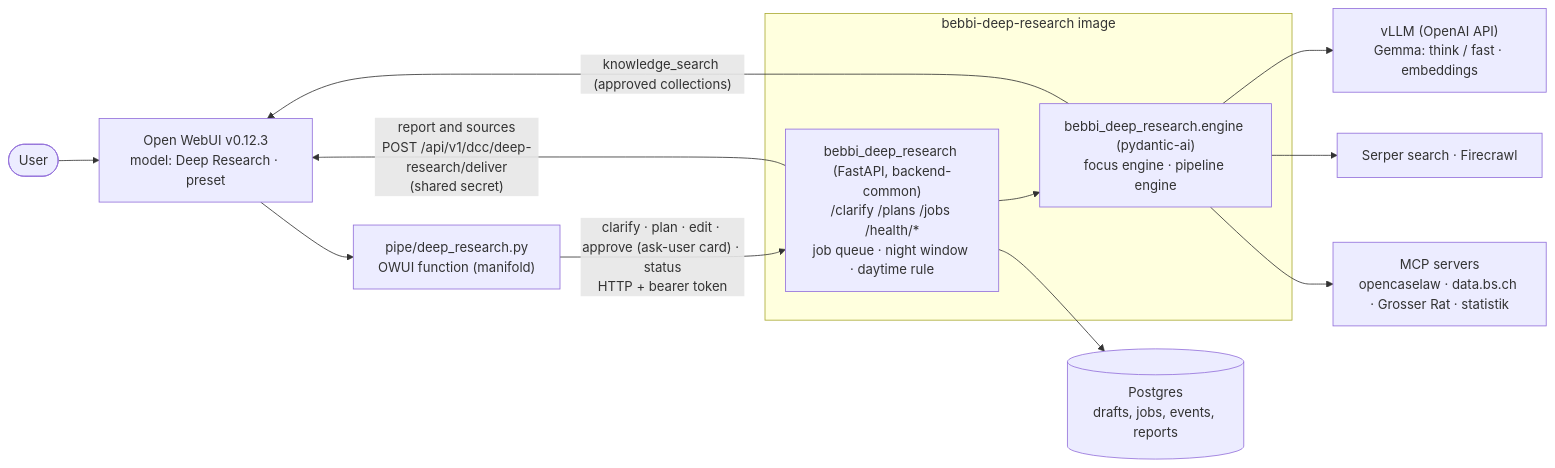
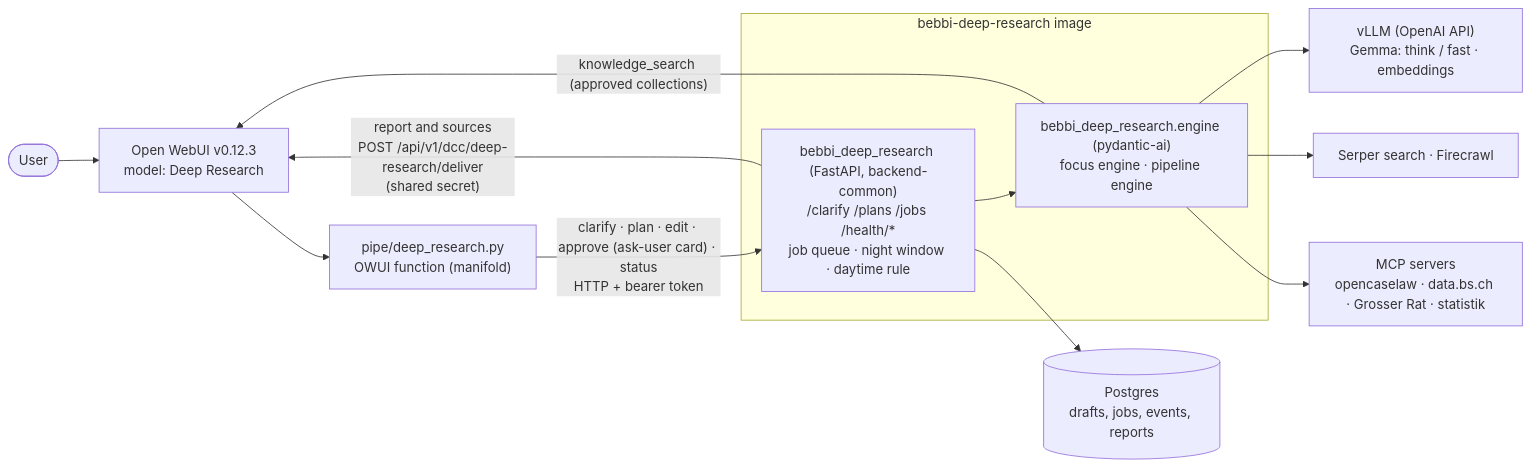
The diagram in README.md (DCC-BS/bebbi-deep-research), drawn with Mermaid before and after one commit. The commit also changed other lines of this file and 17 other files, not shown here.

First line of the commit message:
One Deep Research model: the service suggests the preset, the user confirms it (#7)

````diff
--- a/README.md
+++ b/README.md
@@ -13,19 +14,19 @@
 ```mermaid
 flowchart LR
-    user([User]) --> owui["Open WebUI v0.12.3<br/>model: Deep Research · preset"]
+    user([User]) --> owui["Open WebUI v0.12.3<br/>model: Deep Research"]
     owui --> pipe["pipe/deep_research.py<br/>OWUI function (manifold)"]
     pipe -- "clarify · plan · edit · approve (ask-user card) · status<br/>HTTP + bearer token" --> svc
     svc -- "report and sources<br/>POST /api/v1/dcc/deep-research/deliver<br/>(shared secret)" --> owui
 
     subgraph svc_box ["bebbi-deep-research image"]
         svc["bebbi_deep_research (FastAPI, backend-common)<br/>/clarify /plans /jobs /health/*<br/>job queue · night window · daytime rule"]
         engine["bebbi_deep_research.engine (pydantic-ai)<br/>focus engine · pipeline engine"]
         svc --> engine
     end
 
     svc --> pg[("Postgres<br/>drafts, jobs, events, reports")]
     engine --> llm["vLLM (OpenAI API)<br/>Gemma: think / fast · embeddings"]
     engine --> web["Serper search · Firecrawl"]
     engine --> mcp["MCP servers<br/>opencaselaw · data.bs.ch · Grosser Rat · statistik"]
     engine -- "knowledge_search (approved collections)" --> owui
 ```
````
